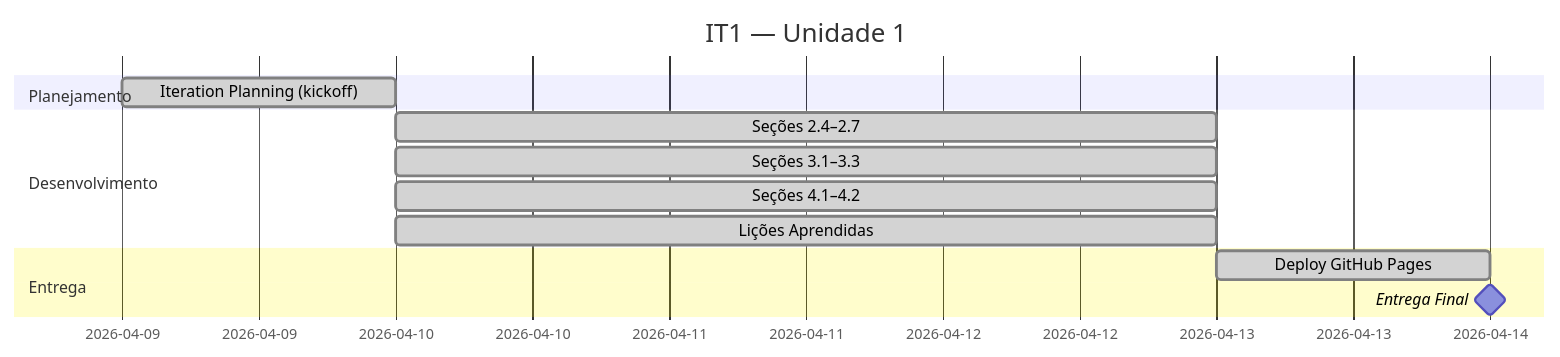
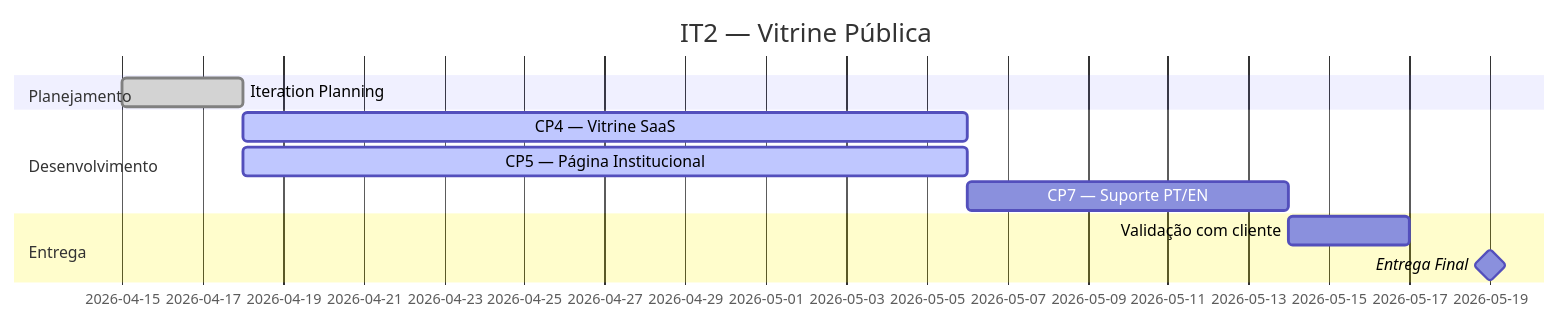
Before and after one commit to mdsreq-fga-unb/REQ-2026.1-T02-Crianex-: the diagram in gh-pages/docs/iteracoes/iteracao-1/index.md, drawn with Mermaid. The commit also changed other lines of this file and 14 other files, not shown here.

````diff
--- a/gh-pages/docs/iteracoes/iteracao-1/index.md
+++ b/gh-pages/docs/iteracoes/iteracao-1/index.md
@@ -86,15 +80,14 @@
 ```mermaid
 gantt
-    title IT1 — Unidade 1
+    title IT2 — Vitrine Pública
     dateFormat  YYYY-MM-DD
     section Planejamento
-    Iteration Planning (kickoff)   :done, 2026-04-09, 1d
+    Iteration Planning             :done, 2026-04-15, 3d
     section Desenvolvimento
-    Seções 2.4–2.7                 :done, 2026-04-10, 3d
-    Seções 3.1–3.3                 :done, 2026-04-10, 3d
-    Seções 4.1–4.2                 :done, 2026-04-10, 3d
-    Lições Aprendidas              :done, 2026-04-10, 3d
+    CP4 — Vitrine SaaS             :active, 2026-04-18, 18d
+    CP5 — Página Institucional     :active, 2026-04-18, 18d
+    CP7 — Suporte PT/EN            :2026-05-06, 8d
     section Entrega
-    Deploy GitHub Pages            :done, 2026-04-13, 1d
-    Entrega Final                  :milestone, 2026-04-14, 0d
+    Validação com cliente          :2026-05-14, 3d
+    Entrega Final                  :milestone, 2026-05-19, 0d
 ```
````
